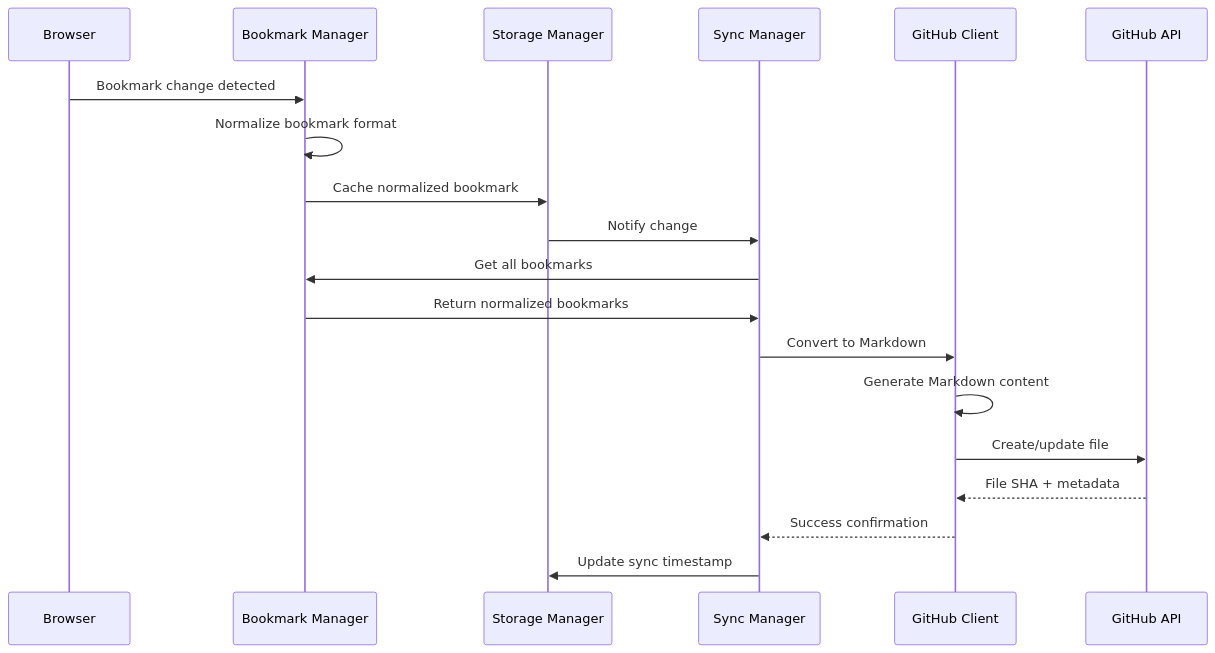
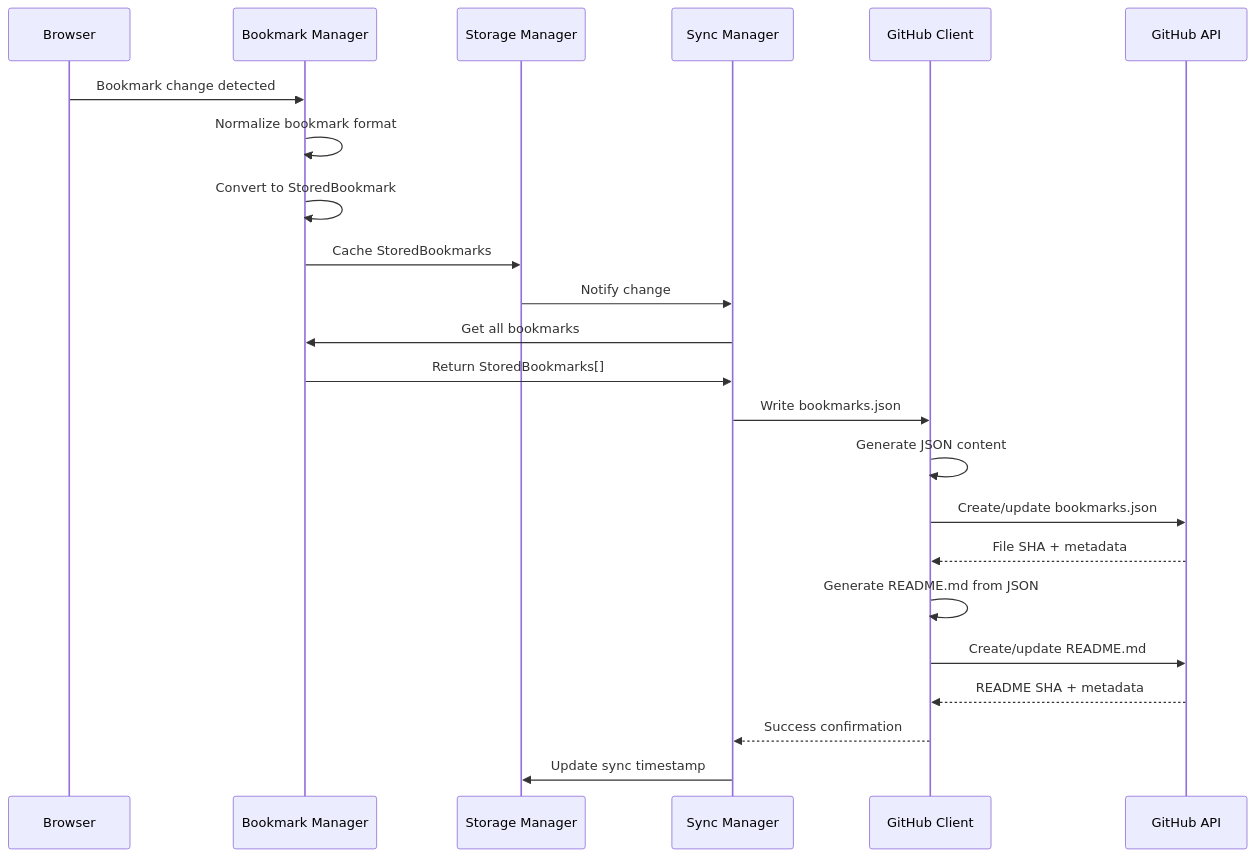
The second of 14 diagrams in docs/data-flow.md (danlourenco/hubmarks), drawn with Mermaid before and after one commit. The commit also changed other lines of this file and 5 other files, not shown here.

First line of the commit message:
docs: update all documentation for JSON-first architecture

````diff
--- a/docs/data-flow.md
+++ b/docs/data-flow.md
@@ -42,22 +42,26 @@
 ```mermaid
 sequenceDiagram
     participant Browser
     participant BookmarkMgr as Bookmark Manager
     participant Storage as Storage Manager
     participant SyncMgr as Sync Manager
     participant GitHub as GitHub Client
     participant GitHubAPI as GitHub API
     
     Browser->>BookmarkMgr: Bookmark change detected
     BookmarkMgr->>BookmarkMgr: Normalize bookmark format
-    BookmarkMgr->>Storage: Cache normalized bookmark
+    BookmarkMgr->>BookmarkMgr: Convert to StoredBookmark
+    BookmarkMgr->>Storage: Cache StoredBookmarks
     Storage->>SyncMgr: Notify change
     SyncMgr->>BookmarkMgr: Get all bookmarks
-    BookmarkMgr->>SyncMgr: Return normalized bookmarks
-    SyncMgr->>GitHub: Convert to Markdown
-    GitHub->>GitHub: Generate Markdown content
-    GitHub->>GitHubAPI: Create/update file
+    BookmarkMgr->>SyncMgr: Return StoredBookmarks[]
+    SyncMgr->>GitHub: Write bookmarks.json
+    GitHub->>GitHub: Generate JSON content
+    GitHub->>GitHubAPI: Create/update bookmarks.json
     GitHubAPI-->>GitHub: File SHA + metadata
+    GitHub->>GitHub: Generate README.md from JSON
+    GitHub->>GitHubAPI: Create/update README.md
+    GitHubAPI-->>GitHub: README SHA + metadata
     GitHub-->>SyncMgr: Success confirmation
     SyncMgr->>Storage: Update sync timestamp
 ```
````
